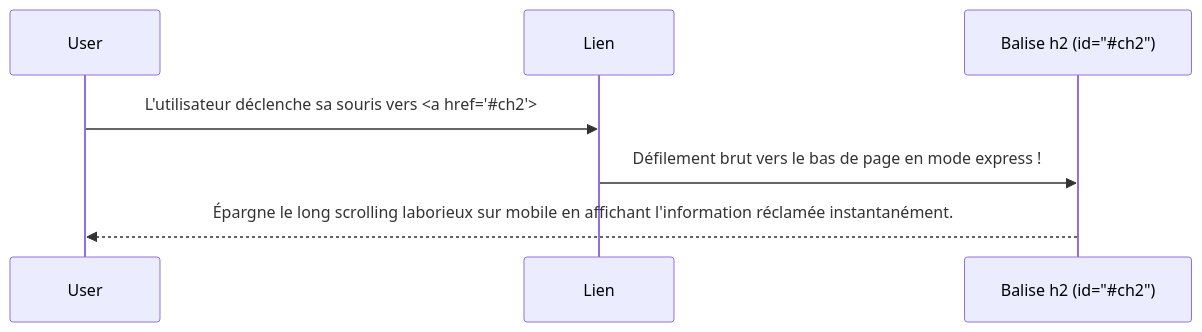
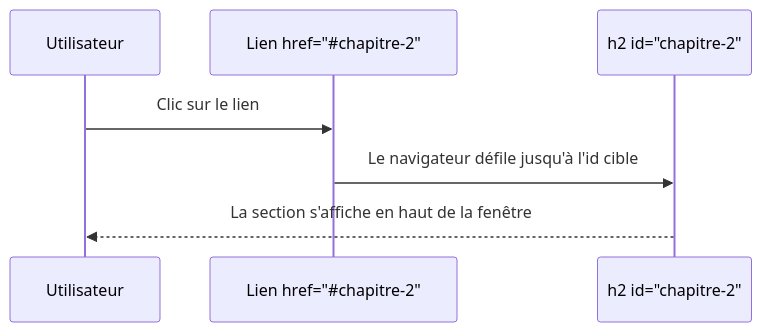
The diagram in docs/dev-cloud/lang/html/02-texte-liens.md (zyrass/omnydocs), drawn with Mermaid before and after one commit. The commit also changed other lines of this file and 765 other files, not shown here.

````diff
--- a/docs/dev-cloud/lang/html/02-texte-liens.md
+++ b/docs/dev-cloud/lang/html/02-texte-liens.md
@@ -287,10 +334,10 @@
 ```mermaid
 sequenceDiagram
-    participant User
-    participant AnchorLink as Lien
-    participant Section2 as Balise h2 (id="#35;ch2")
-    
-    User->>AnchorLink: L'utilisateur déclenche sa souris vers <a href="#35;ch2">
-    AnchorLink->>Section2: Défilement brut vers le bas de page en mode express !
-    Section2-->>User: Épargne le long scrolling laborieux sur mobile en affichant l'information réclamée instantanément.
+    participant User as Utilisateur
+    participant AnchorLink as Lien href="#35;chapitre-2"
+    participant Section2 as h2 id="chapitre-2"
+
+    User->>AnchorLink: Clic sur le lien
+    AnchorLink->>Section2: Le navigateur défile jusqu'à l'id cible
+    Section2-->>User: La section s'affiche en haut de la fenêtre
 ```
````
